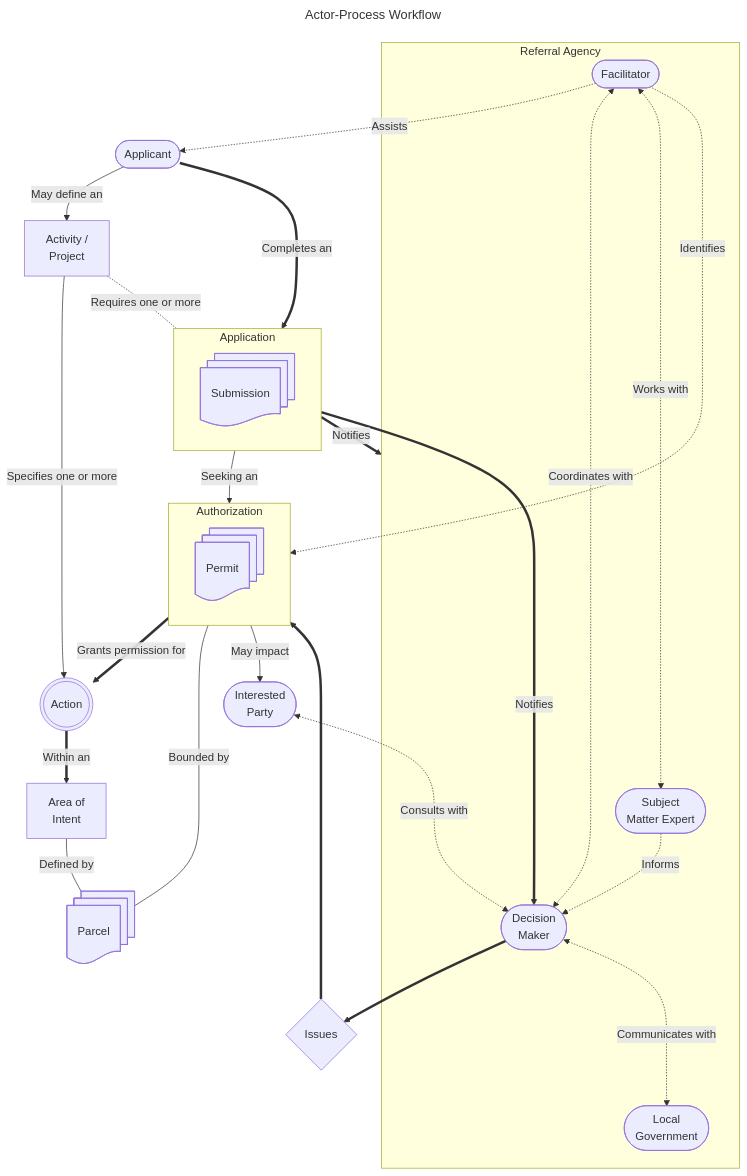
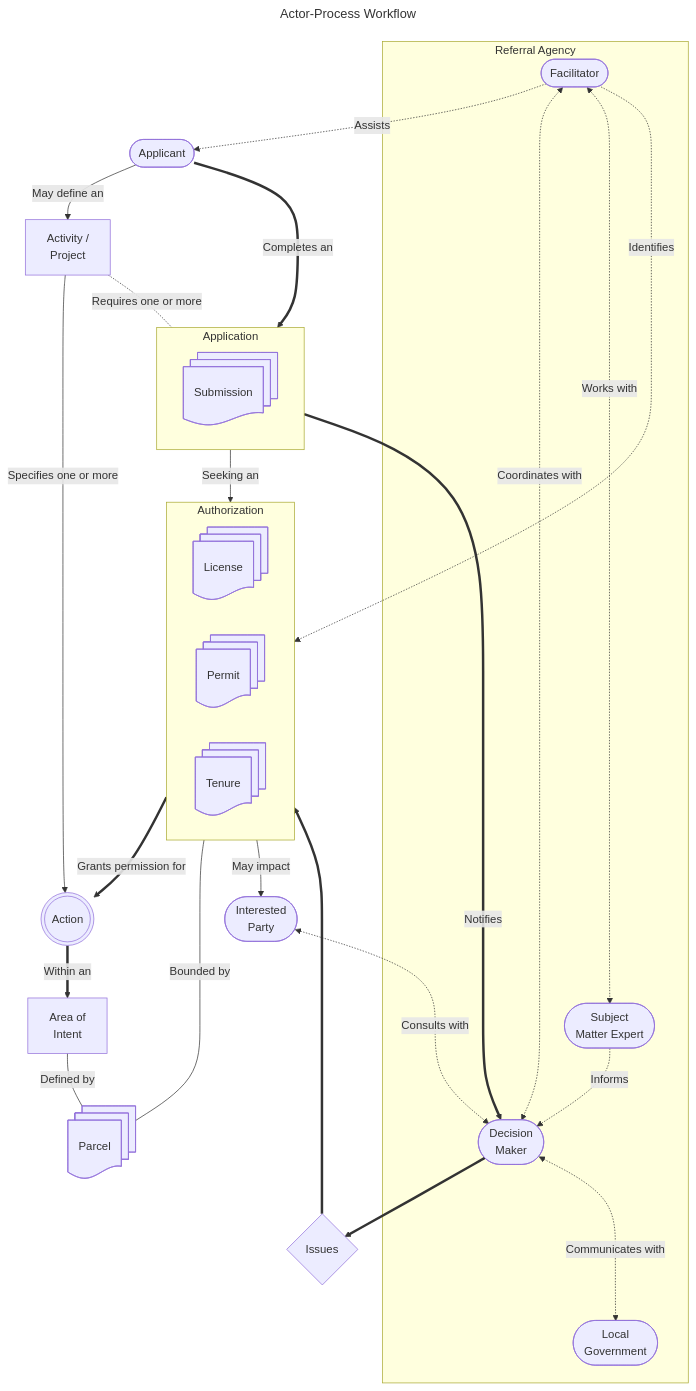
Before and after one commit to bcgov/nr-pies: the first of 2 diagrams in docs/intro/terminology.md, drawn with Mermaid. The commit also changed other lines of this file, not shown here.

Commit message:
Update License, Permit and Tenure definitions
This is an attempt to stratify these terms as they are used within the
forestry and lands context. Graph has been updated to contain these
separate definitions.

````diff
--- a/docs/intro/terminology.md
+++ b/docs/intro/terminology.md
@@ -64,59 +66,63 @@
 ```mermaid
 ---
 title: Actor-Process Workflow
 ---
 %% v11 broke and made all links have arrow heads
 %% Ref: https://github.com/mermaid-js/mermaid/issues/5813
 flowchart TB
   Action@{ shape: dbl-circ }
   AOI@{ shape: rect, label: "Area of
     Intent" }
   AP@{ label: "Activity /\nProject"}
   Applicant@{ shape: stadium }
   DM@{ shape: stadium, label: "Decision
     Maker" }
   Facilitator@{ shape: stadium }
   IP@{ shape: stadium, label: "Interested
     Party" }
   Issues@{ shape: diamond }
+  License@{ shape: docs }
   LG@{ shape: stadium, label: "Local
     Government" }
   Parcel@{ shape: docs }
   Permit@{ shape: docs }
   SME@{ shape: stadium, label: "Subject
     Matter Expert" }
   Submission@{ shape: docs }
+  Tenure@{ shape: docs }
 
   Action ==>|Within an| AOI
   AOI ---|Defined by| Parcel
   AP -->|Specifies one or more| Action
   AP -.-|Requires one or more| Application
   Applicant -->|May define an| AP
   Applicant ==>|Completes an| Application
   Application -->|Seeking an| Authorization
-  Application ==>|Notifies| RA & DM
+  Application ==>|Notifies| DM
   Authorization ==>|Grants permission for| Action
   Authorization ---|Bounded by| Parcel
   Authorization -->|May impact| IP
   DM ==> Issues ==> Authorization
   DM <-..->|Communicates with| LG
   Facilitator -.->|Identifies| Authorization
   Facilitator -.->|Assists| Applicant
   Facilitator <-.->|Coordinates with| DM
   Facilitator <-.->|Works with| SME
   IP <-..->|Consults with| DM
   SME -.->|Informs| DM
 
   subgraph Application
     Submission
   end
   subgraph Authorization
+    License
     Permit
+    Tenure
   end
   subgraph RA[Referral Agency]
     DM
     Facilitator
     LG
     SME
   end
 ```
````
